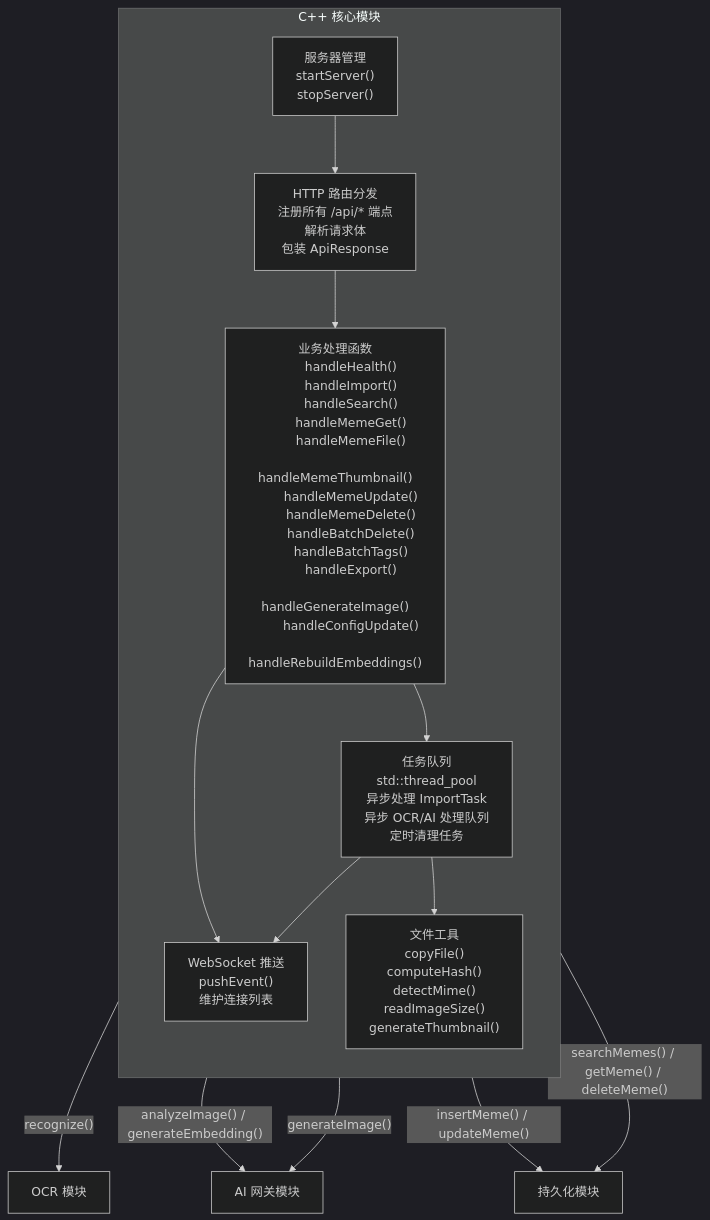
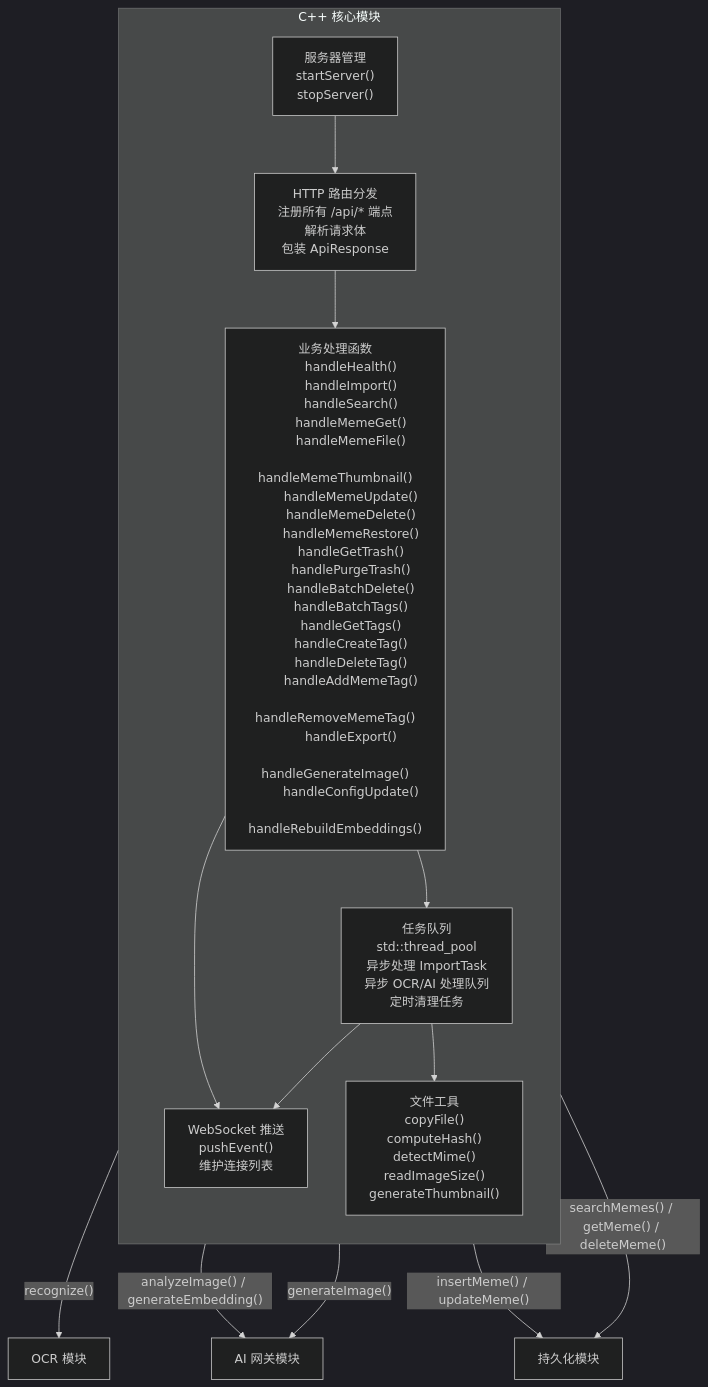
Before and after one commit to MintITes/QuickMemes: the first of 2 diagrams in docs/arch/cpp_core.md, drawn with Mermaid (dark theme). The commit also changed other lines of this file and 8 other files, not shown here.

````diff
--- a/docs/arch/cpp_core.md
+++ b/docs/arch/cpp_core.md
@@ -40,65 +39,73 @@
 ```mermaid
 graph TD
     subgraph CORE ["C++ 核心模块"]
         direction TB
 
         SERVER["服务器管理
         startServer()
         stopServer()"]
 
         ROUTER["HTTP 路由分发
         注册所有 /api/* 端点
         解析请求体
         包装 ApiResponse"]
 
         HANDLERS["业务处理函数
         handleHealth()
         handleImport()
         handleSearch()
         handleMemeGet()
         handleMemeFile()
         handleMemeThumbnail()
         handleMemeUpdate()
         handleMemeDelete()
+        handleMemeRestore()
+        handleGetTrash()
+        handlePurgeTrash()
         handleBatchDelete()
         handleBatchTags()
+        handleGetTags()
+        handleCreateTag()
+        handleDeleteTag()
+        handleAddMemeTag()
+        handleRemoveMemeTag()
         handleExport()
         handleGenerateImage()
         handleConfigUpdate()
         handleRebuildEmbeddings()"]
 
         TASK_QUEUE["任务队列
         std::thread_pool
         异步处理 ImportTask
         异步 OCR/AI 处理队列
         定时清理任务"]
 
         WS_PUSHER["WebSocket 推送
         pushEvent()
         维护连接列表"]
 
         FILE_UTILS["文件工具
         copyFile()
         computeHash()
         detectMime()
         readImageSize()
         generateThumbnail()"]
 
         SERVER --> ROUTER
         ROUTER --> HANDLERS
         HANDLERS --> TASK_QUEUE
         HANDLERS --> WS_PUSHER
         TASK_QUEUE --> WS_PUSHER
         TASK_QUEUE --> FILE_UTILS
     end
 
     OCR["OCR 模块"]
     AI["AI 网关模块"]
     DB["持久化模块"]
 
     TASK_QUEUE -->|"recognize()"| OCR
     TASK_QUEUE -->|"analyzeImage() / generateEmbedding()"| AI
     TASK_QUEUE -->|"insertMeme() / updateMeme()"| DB
     HANDLERS -->|"searchMemes() / getMeme() / deleteMeme()"| DB
     HANDLERS -->|"generateImage()"| AI
 ```
````
